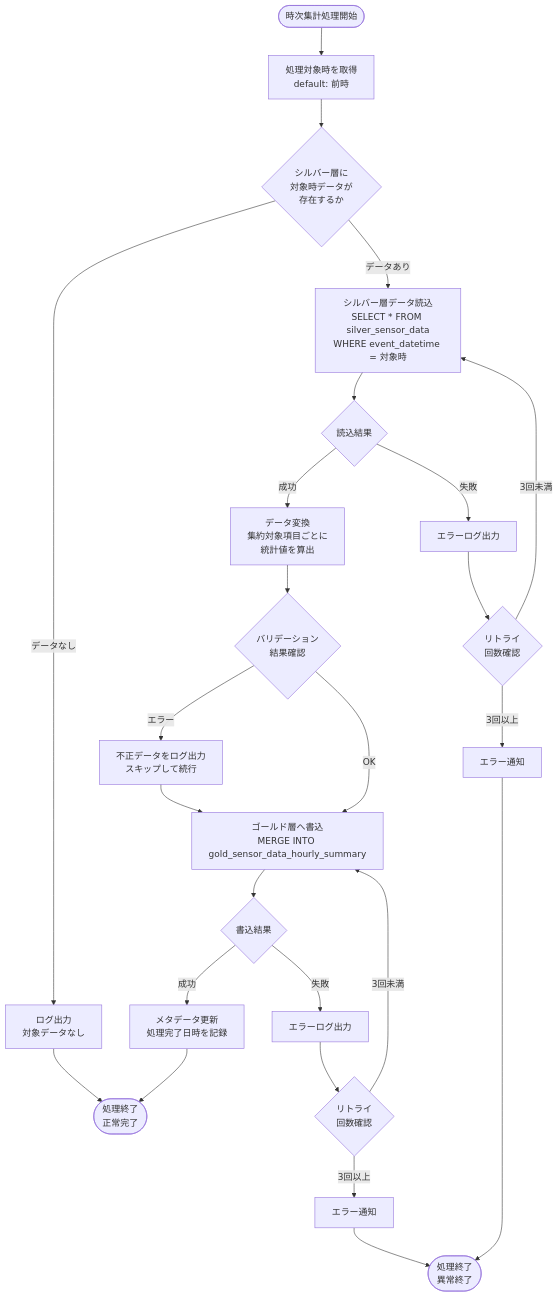
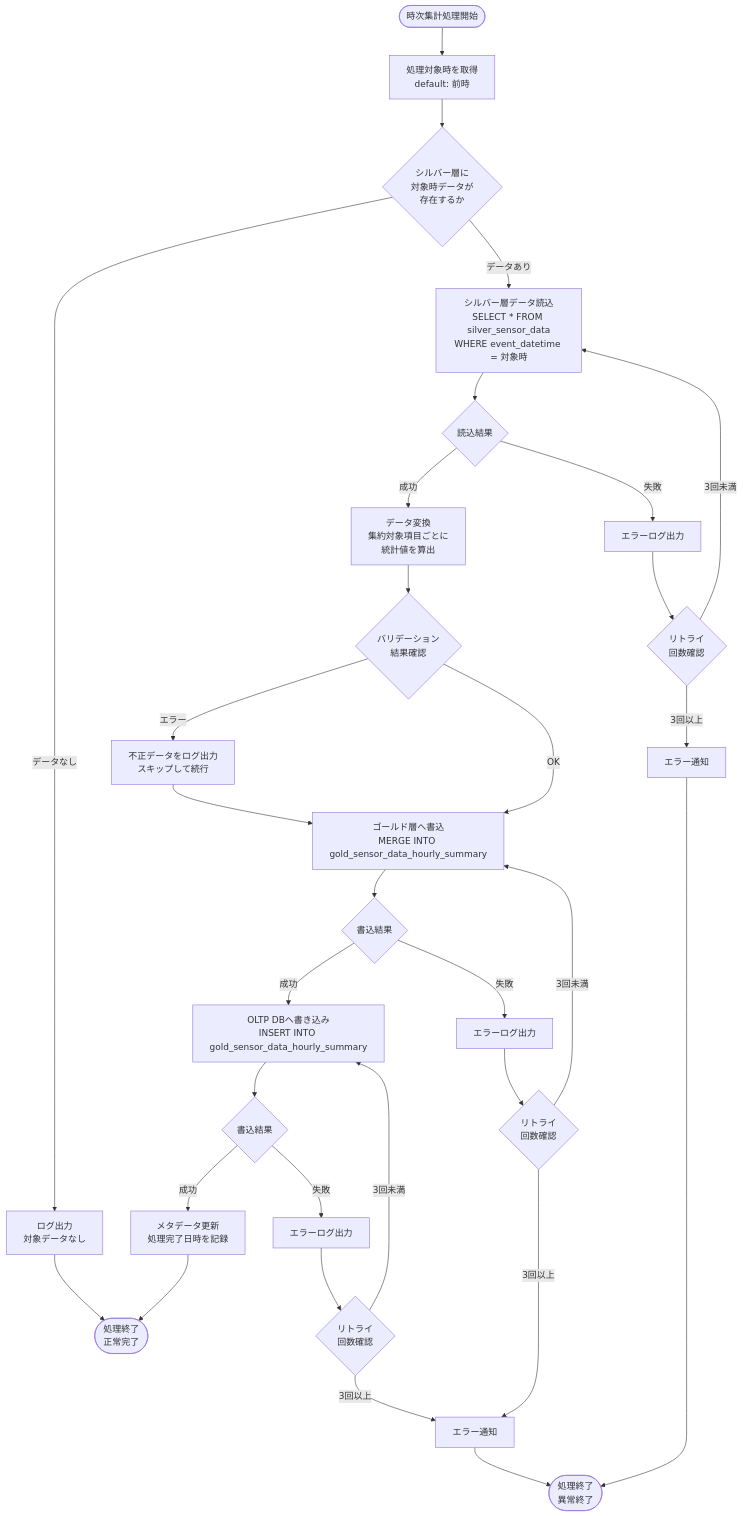
One commit to NSW-SVCP-AIWG002/Databricks-IoT changed the first of 6 diagrams in docs/03-features/ldp-pipeline/gold_layer/ldp-pipeline-specification.md. Above: the diagram before and after it, drawn with Mermaid. The commit also changed other lines of this file and 4 other files, not shown here.

````diff
--- a/docs/03-features/ldp-pipeline/gold_layer/ldp-pipeline-specification.md
+++ b/docs/03-features/ldp-pipeline/gold_layer/ldp-pipeline-specification.md
@@ -124,33 +129,40 @@
 ```mermaid
 flowchart TD
     Start([時次集計処理開始]) --> GetDate[処理対象時を取得<br>default: 前時]
     GetDate --> CheckSource{シルバー層に<br>対象時データが<br>存在するか}
 
     CheckSource -->|データなし| LogNoData[ログ出力<br>対象データなし]
     LogNoData --> EndSuccess([処理終了<br>正常完了])
     CheckSource -->|データあり| ReadSilver[シルバー層データ読込<br>SELECT * FROM silver_sensor_data<br>WHERE event_datetime = 対象時]
     ReadSilver --> CheckRead{読込結果}
 
     CheckRead -->|成功| Transform[データ変換<br>集約対象項目ごとに<br>統計値を算出]
     CheckRead -->|失敗| ErrorRead[エラーログ出力]
     ErrorRead --> RetryRead{リトライ<br>回数確認}
     RetryRead -->|3回未満| ReadSilver
     RetryRead -->|3回以上| AlertRead[エラー通知]
     AlertRead --> EndError([処理終了<br>異常終了])
 
     Transform --> Validate{バリデーション<br>結果確認}
     Validate -->|エラー| ErrorValidate[不正データをログ出力<br>スキップして続行]
     ErrorValidate --> WriteGold
 
     Validate -->|OK| WriteGold[ゴールド層へ書込<br>MERGE INTO gold_sensor_data_hourly_summary]
     WriteGold --> CheckWrite{書込結果}
 
-    CheckWrite -->|成功| UpdateMeta[メタデータ更新<br>処理完了日時を記録]
+    CheckWrite -->|成功| WriteOLTP[OLTP DBへ書き込み<br>INSERT INTO gold_sensor_data_hourly_summary]
+    WriteOLTP --> CheckWrite1{書込結果}
+    CheckWrite1 --> |成功| UpdateMeta[メタデータ更新<br>処理完了日時を記録]
     UpdateMeta --> EndSuccess
+
+    CheckWrite1 --> |失敗| ErrorWrite1[エラーログ出力]
+    ErrorWrite1 --> RetryWrite1{リトライ<br>回数確認}
+    RetryWrite1 -->|3回未満| WriteOLTP
+    RetryWrite1 -->|3回以上| AlertWrite[エラー通知]
 
     CheckWrite -->|失敗| ErrorWrite[エラーログ出力]
     ErrorWrite --> RetryWrite{リトライ<br>回数確認}
     RetryWrite -->|3回未満| WriteGold
     RetryWrite -->|3回以上| AlertWrite[エラー通知]
     AlertWrite --> EndError
 ```
````
